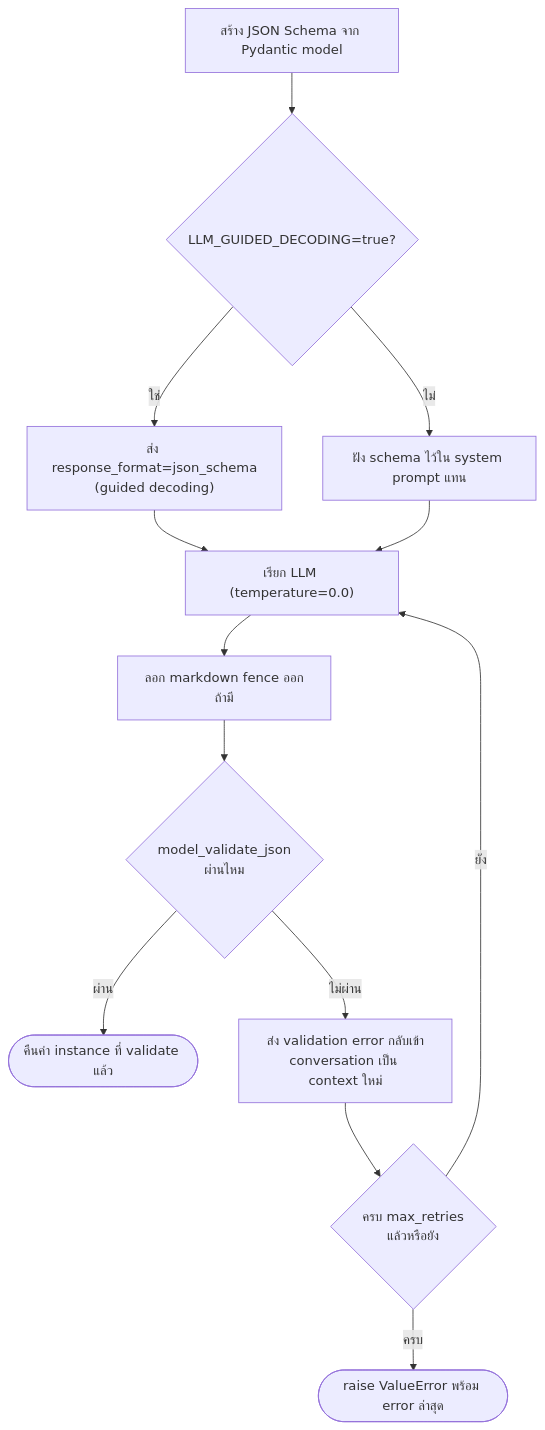
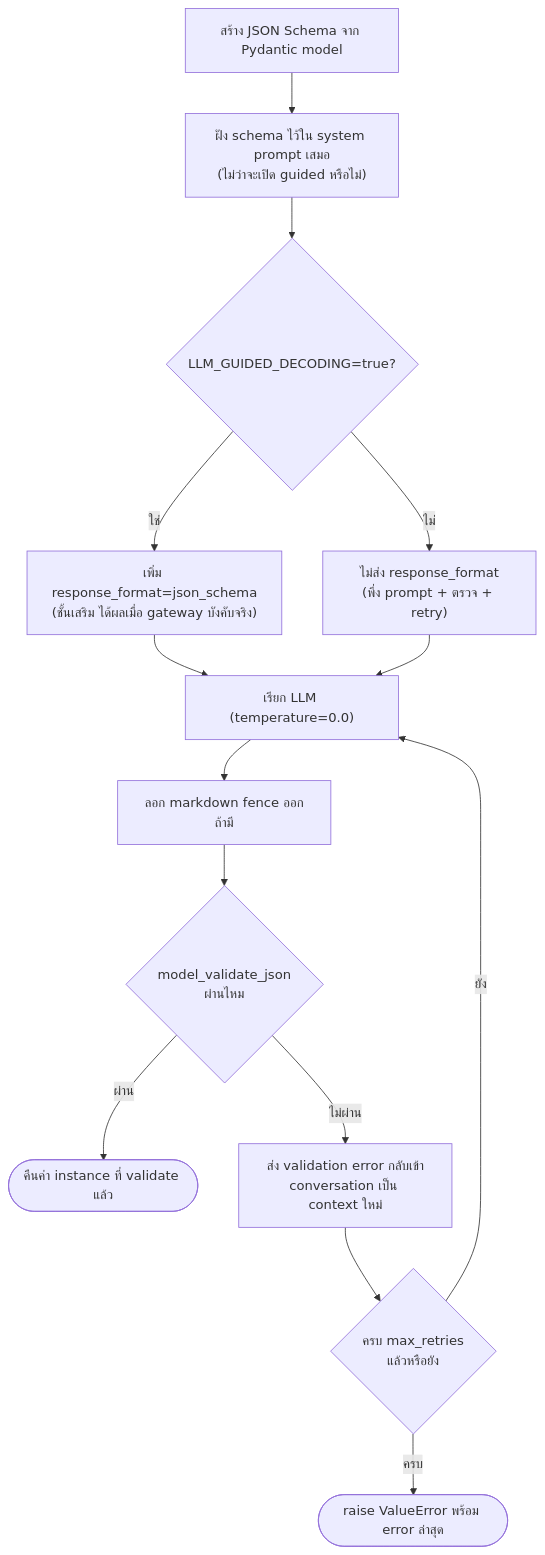
One commit to LLM-CE-KMITL/mcp-workshop changed the diagram in INSTRUCTIONS/day1/06-module3-json-api.md. Above: the diagram before and after it, drawn with Mermaid. The commit also changed other lines of this file and 3 other files, not shown here.

````diff
--- a/INSTRUCTIONS/day1/06-module3-json-api.md
+++ b/INSTRUCTIONS/day1/06-module3-json-api.md
@@ -168,15 +170,16 @@
 ```mermaid
 flowchart TD
-    A["สร้าง JSON Schema จาก Pydantic model"] --> B{"LLM_GUIDED_DECODING=true?"}
-    B -->|ใช่| C["ส่ง response_format=json_schema<br/>(guided decoding)"]
-    B -->|ไม่| D["ฝัง schema ไว้ใน system prompt แทน"]
+    A["สร้าง JSON Schema จาก Pydantic model"] --> A2["ฝัง schema ไว้ใน system prompt เสมอ<br/>(ไม่ว่าจะเปิด guided หรือไม่)"]
+    A2 --> B{"LLM_GUIDED_DECODING=true?"}
+    B -->|ใช่| C["เพิ่ม response_format=json_schema<br/>(ชั้นเสริม ได้ผลเมื่อ gateway บังคับจริง)"]
+    B -->|ไม่| D["ไม่ส่ง response_format<br/>(พึ่ง prompt + ตรวจ + retry)"]
     C --> E["เรียก LLM (temperature=0.0)"]
     D --> E
     E --> F["ลอก markdown fence ออกถ้ามี"]
     F --> G{"model_validate_json<br/>ผ่านไหม"}
     G -->|ผ่าน| H(["คืนค่า instance ที่ validate แล้ว"])
     G -->|ไม่ผ่าน| I["ส่ง validation error กลับเข้า<br/>conversation เป็น context ใหม่"]
     I --> J{"ครบ max_retries<br/>แล้วหรือยัง"}
     J -->|ยัง| E
     J -->|ครบ| K(["raise ValueError พร้อม error ล่าสุด"])
 ```
````
